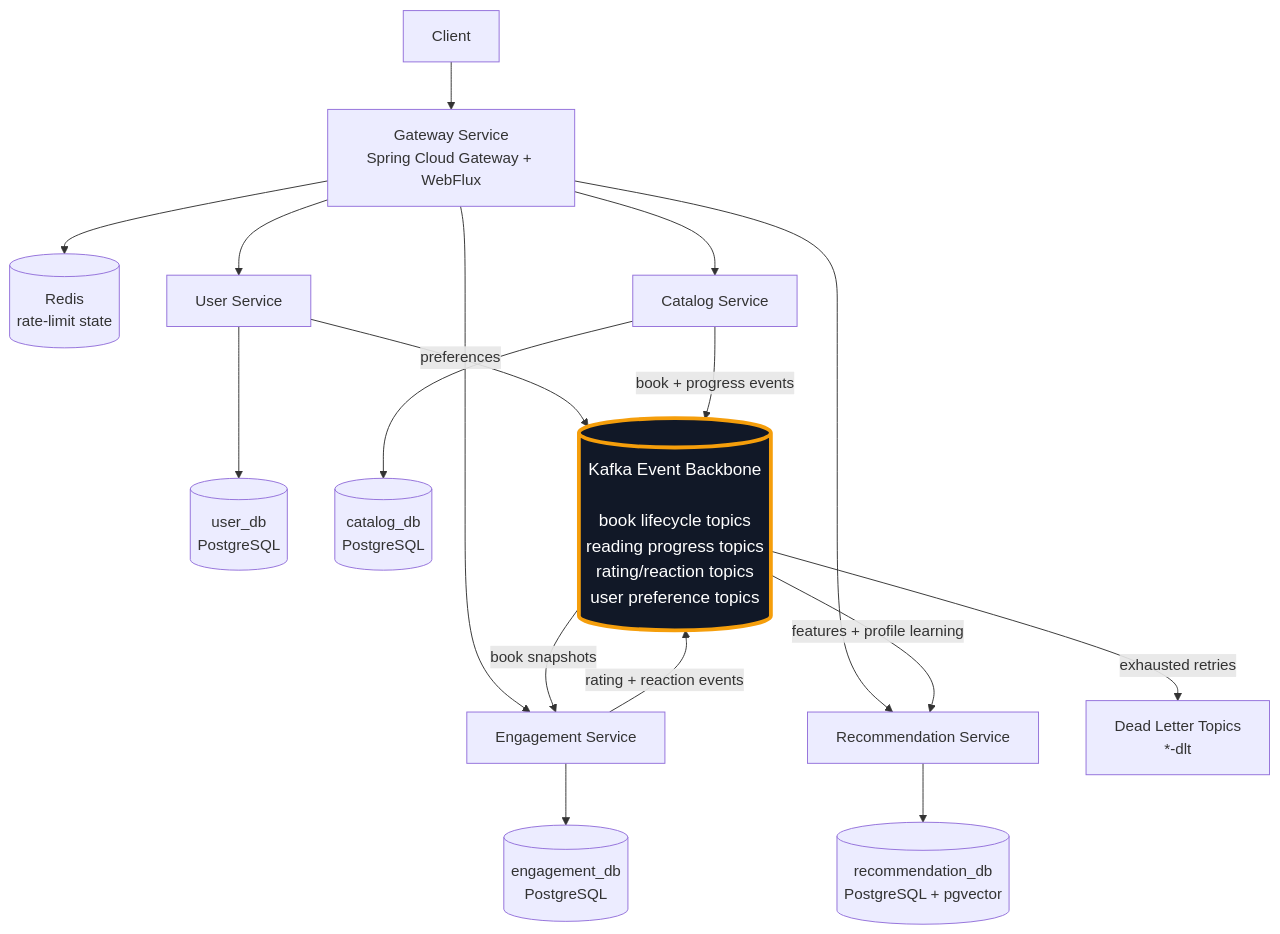
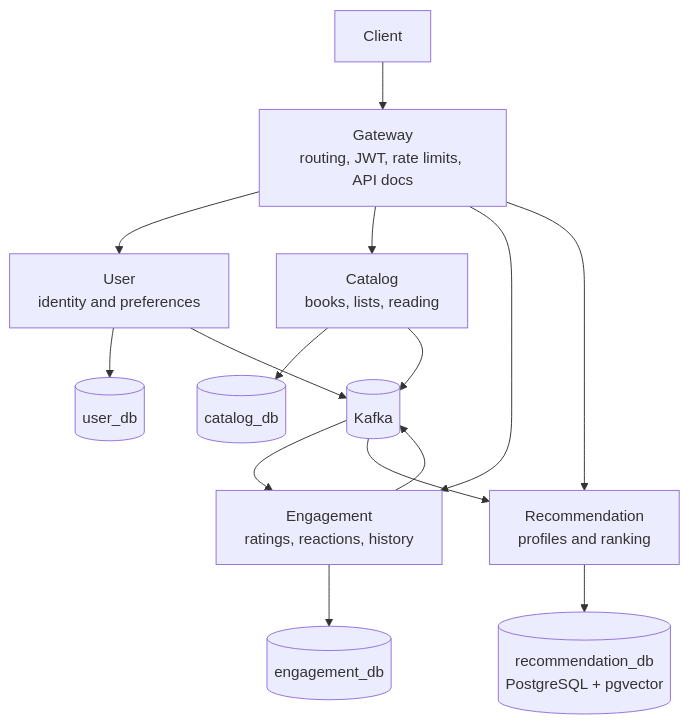
The first of 2 diagrams in README.md (Luca5Eckert/VellumHub), drawn with Mermaid before and after one commit. The commit also changed other lines of this file, not shown here.

````diff
--- a/README.md
+++ b/README.md
@@ -89,25 +67,20 @@
 ```mermaid
 graph TB
-    Client[Client] --> Gateway[Gateway Service\nSpring Cloud Gateway + WebFlux]
-    Gateway --> Redis[(Redis\nrate-limit state)]
+    Client[Client] --> Gateway[Gateway<br/>routing, JWT, rate limits, API docs]
 
-    Gateway --> User[User Service]
-    Gateway --> Catalog[Catalog Service]
-    Gateway --> Engagement[Engagement Service]
-    Gateway --> Recommendation[Recommendation Service]
+    Gateway --> User[User<br/>identity and preferences]
+    Gateway --> Catalog[Catalog<br/>books, lists, reading]
+    Gateway --> Engagement[Engagement<br/>ratings, reactions, history]
+    Gateway --> Recommendation[Recommendation<br/>profiles and ranking]
 
-    User --> UserDb[(user_db\nPostgreSQL)]
-    Catalog --> CatalogDb[(catalog_db\nPostgreSQL)]
-    Engagement --> EngagementDb[(engagement_db\nPostgreSQL)]
-    Recommendation --> RecommendationDb[(recommendation_db\nPostgreSQL + pgvector)]
+    User --> UserDb[(user_db)]
+    Catalog --> CatalogDb[(catalog_db)]
+    Engagement --> EngagementDb[(engagement_db)]
+    Recommendation --> RecommendationDb[(recommendation_db<br/>PostgreSQL + pgvector)]
 
-    User -->|preferences| Kafka[(Kafka Event Backbone\n\nbook lifecycle topics\nreading progress topics\nrating/reaction topics\nuser preference topics)]
-    Catalog -->|book + progress events| Kafka
-    Engagement -->|rating + reaction events| Kafka
-
-    Kafka -->|book snapshots| Engagement
-    Kafka -->|features + profile learning| Recommendation
-    Kafka -->|exhausted retries| Dlt[Dead Letter Topics\n*-dlt]
-
-    style Kafka fill:#111827,color:#ffffff,stroke:#f59e0b,stroke-width:4px,font-size:18px
+    User --> Kafka[(Kafka)]
+    Catalog --> Kafka
+    Engagement --> Kafka
+    Kafka --> Engagement
+    Kafka --> Recommendation
 ```
````
